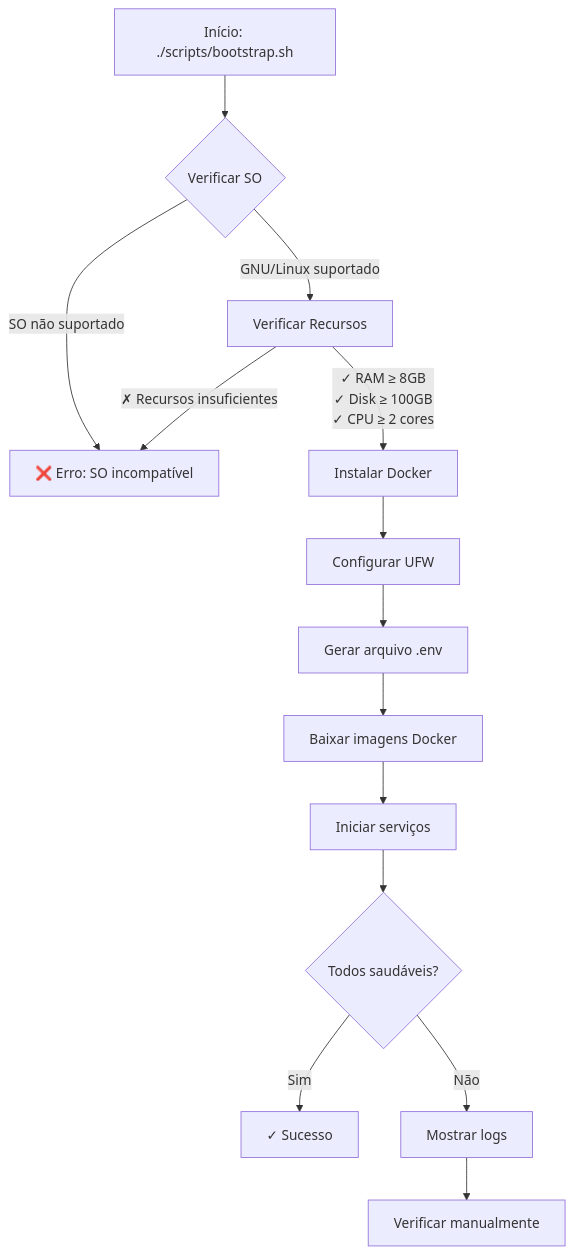
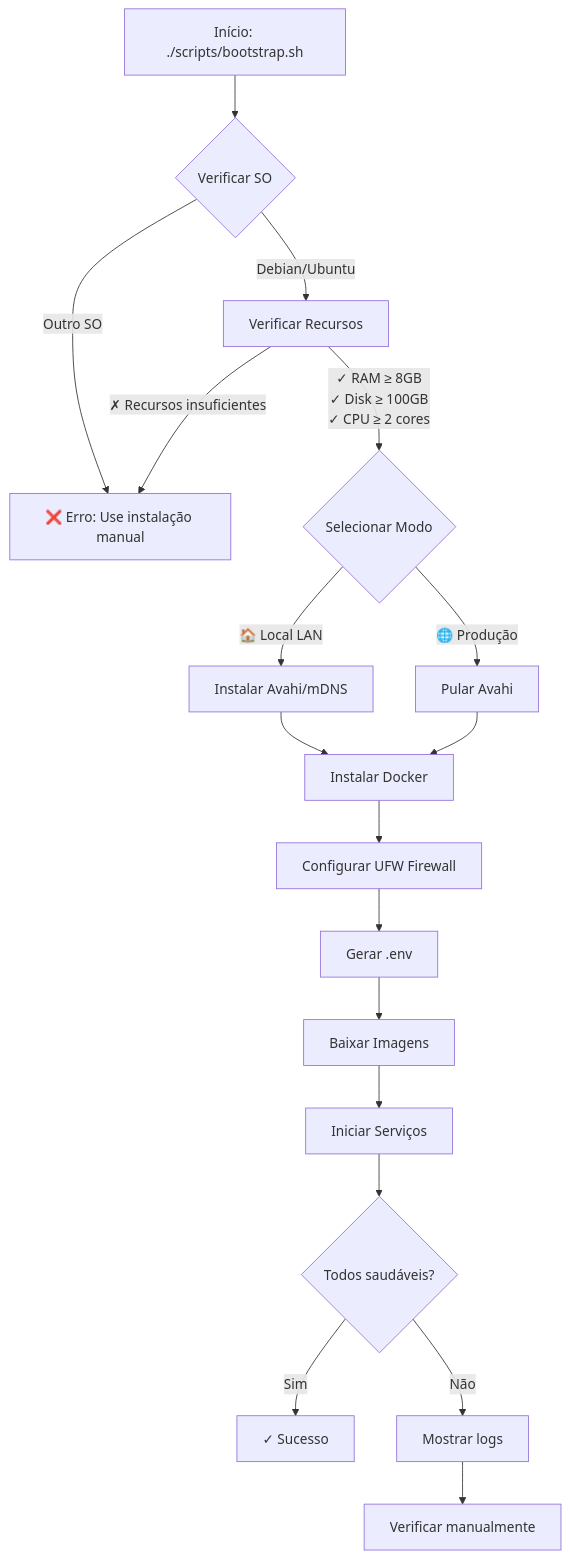
Before and after one commit to docg1701/borgstack: the diagram in docs/01-instalacao.md, drawn with Mermaid. The commit also changed other lines of this file and 18 other files, not shown here.

````diff
--- a/docs/01-instalacao.md
+++ b/docs/01-instalacao.md
@@ -81,16 +105,20 @@
 ```mermaid
 flowchart TD
     A[Início: ./scripts/bootstrap.sh] --> B{Verificar SO}
-    B -->|GNU/Linux suportado| C[Verificar Recursos]
-    B -->|SO não suportado| Z[❌ Erro: SO incompatível]
-    C -->|✓ RAM ≥ 8GB<br/>✓ Disk ≥ 100GB<br/>✓ CPU ≥ 2 cores| D[Instalar Docker]
+    B -->|Debian/Ubuntu| C[Verificar Recursos]
+    B -->|Outro SO| Z[❌ Erro: Use instalação manual]
+    C -->|✓ RAM ≥ 8GB<br/>✓ Disk ≥ 100GB<br/>✓ CPU ≥ 2 cores| D{Selecionar Modo}
     C -->|✗ Recursos insuficientes| Z
-    D --> E[Configurar UFW]
-    E --> F[Gerar arquivo .env]
-    F --> G[Baixar imagens Docker]
-    G --> H[Iniciar serviços]
-    H --> I{Todos saudáveis?}
-    I -->|Sim| J[✓ Sucesso]
-    I -->|Não| K[Mostrar logs]
-    K --> L[Verificar manualmente]
+    D -->|🏠 Local LAN| E[Instalar Avahi/mDNS]
+    D -->|🌐 Produção| F[Pular Avahi]
+    E --> G[Instalar Docker]
+    F --> G
+    G --> H[Configurar UFW Firewall]
+    H --> I[Gerar .env]
+    I --> J[Baixar Imagens]
+    J --> K[Iniciar Serviços]
+    K --> L{Todos saudáveis?}
+    L -->|Sim| M[✓ Sucesso]
+    L -->|Não| N[Mostrar logs]
+    N --> O[Verificar manualmente]
 ```
````
